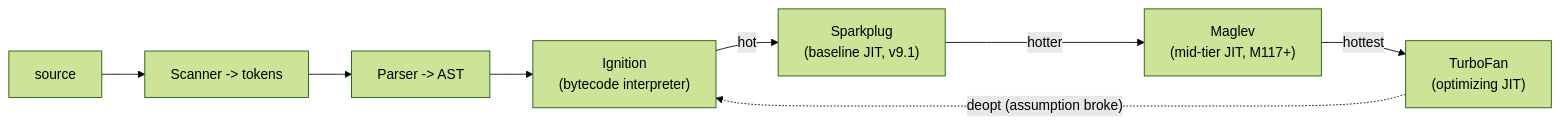
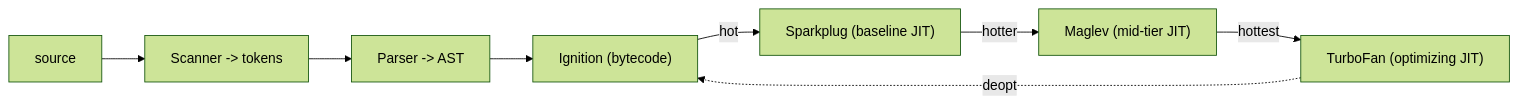
Before and after one commit to ashishxcode/frontend-internals: the diagram in packages/content/content/01-javascript-runtime.mdx, drawn with Mermaid (forest theme). The commit also changed other lines of this file and 34 other files, not shown here.

````diff
--- a/packages/content/content/01-javascript-runtime.mdx
+++ b/packages/content/content/01-javascript-runtime.mdx
@@ -140,9 +86,9 @@
 ```mermaid
 flowchart LR
   src[source] --> sc[Scanner -> tokens] --> p[Parser -> AST]
-  p --> ig["Ignition<br/>(bytecode interpreter)"]
-  ig -->|hot| sp["Sparkplug<br/>(baseline JIT, v9.1)"]
-  sp -->|hotter| mg["Maglev<br/>(mid-tier JIT, M117+)"]
-  mg -->|hottest| tf["TurboFan<br/>(optimizing JIT)"]
-  tf -. deopt (assumption broke) .-> ig
+  p --> ig["Ignition (bytecode)"]
+  ig -->|hot| sp["Sparkplug (baseline JIT)"]
+  sp -->|hotter| mg["Maglev (mid-tier JIT)"]
+  mg -->|hottest| tf["TurboFan (optimizing JIT)"]
+  tf -. deopt .-> ig
 ```
````
